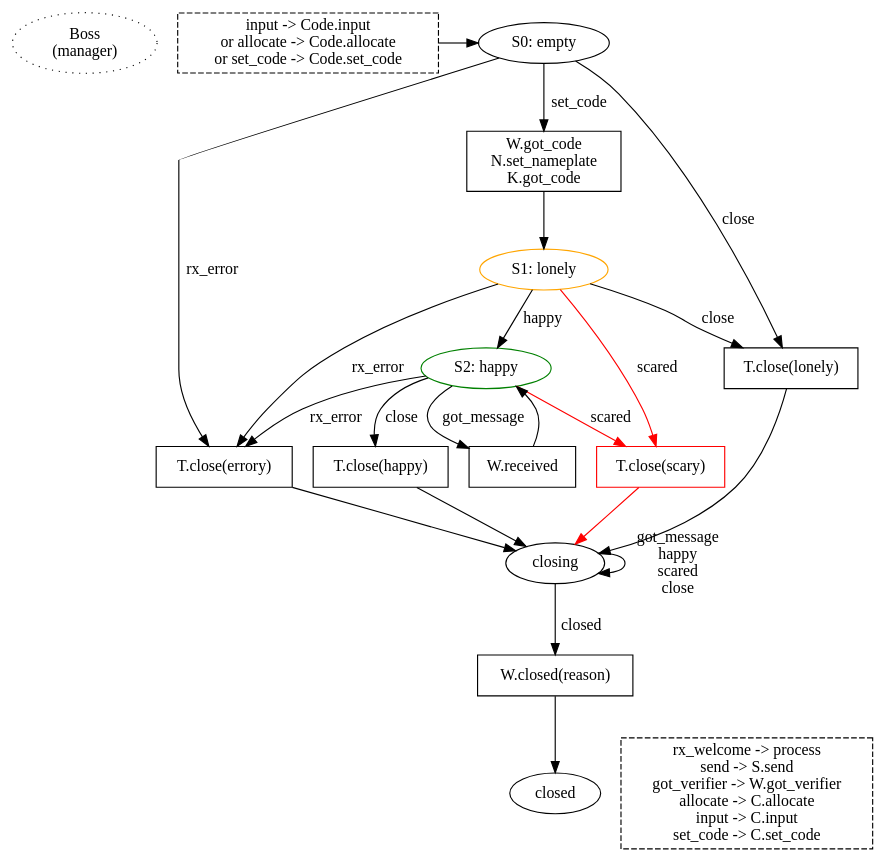
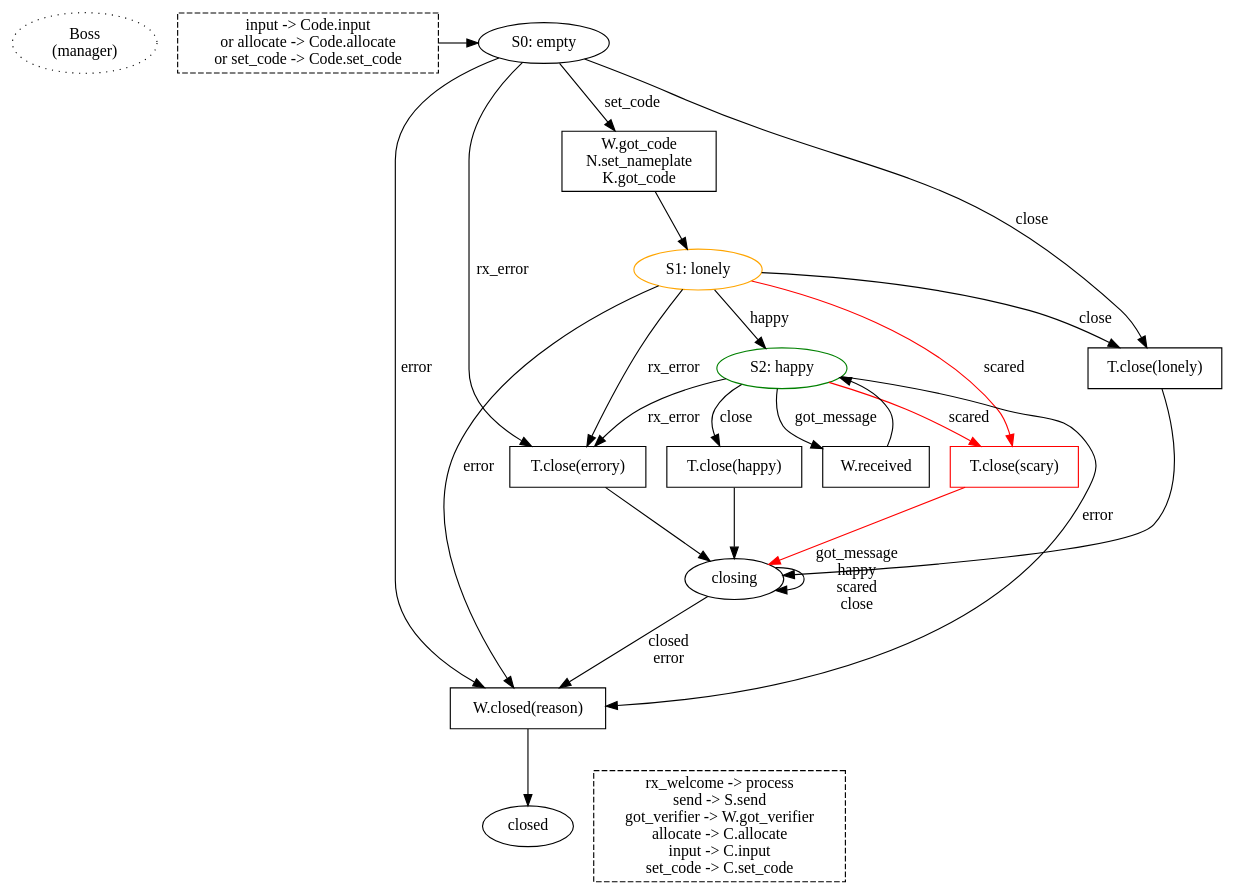
The diagram in docs/boss.dot (magic-wormhole/magic-wormhole), drawn with Graphviz before and after one commit. The commit also changed 6 other files, not shown here.

```diff
--- a/docs/boss.dot
+++ b/docs/boss.dot
@@ -1,66 +1,70 @@
 digraph {
 
         /* could shave a RTT by committing to the nameplate early, before
         finishing the rest of the code input. While the user is still
         typing/completing the code, we claim the nameplate, open the mailbox,
         and retrieve the peer's PAKE message. Then as soon as the user
         finishes entering the code, we build our own PAKE message, send PAKE,
         compute the key, send VERSION. Starting from the Return, this saves
         two round trips. OTOH it adds consequences to hitting Tab. */
 
         start [label="Boss\n(manager)" style="dotted"]
 
         {rank=same; P0_code S0}
         P0_code [shape="box" style="dashed"
                  label="input -> Code.input\n or allocate -> Code.allocate\n or set_code -> Code.set_code"]
         P0_code -> S0
         S0 [label="S0: empty"]
         S0 -> P0_build [label="set_code"]
 
         S0 -> P_close_error [label="rx_error"]
         P_close_error [shape="box" label="T.close(errory)"]
         P_close_error -> S_closing
         S0 -> P_close_lonely [label="close"]
 
         P0_build [shape="box" label="W.got_code\nN.set_nameplate\nK.got_code"]
         P0_build -> S1
         S1 [label="S1: lonely" color="orange"]
 
         S1 -> S2 [label="happy"]
 
         S1 -> P_close_error [label="rx_error"]
         S1 -> P_close_scary [label="scared" color="red"]
         S1 -> P_close_lonely [label="close"]
         P_close_lonely [shape="box" label="T.close(lonely)"]
         P_close_lonely -> S_closing
 
         P_close_scary [shape="box" label="T.close(scary)" color="red"]
         P_close_scary -> S_closing [color="red"]
 
         S2 [label="S2: happy" color="green"]
         S2 -> P2_close [label="close"]
         P2_close [shape="box" label="T.close(happy)"]
         P2_close -> S_closing
 
         S2 -> P2_got_message [label="got_message"]
         P2_got_message [shape="box" label="W.received"]
         P2_got_message -> S2
 
         S2 -> P_close_error [label="rx_error"]
         S2 -> P_close_scary [label="scared" color="red"]
 
         S_closing [label="closing"]
-        S_closing -> P_closed [label="closed"]
+        S_closing -> P_closed [label="closed\nerror"]
         S_closing -> S_closing [label="got_message\nhappy\nscared\nclose"]
 
         P_closed [shape="box" label="W.closed(reason)"]
         P_closed -> S_closed
         S_closed [label="closed"]
+
+        S0 -> P_closed [label="error"]
+        S1 -> P_closed [label="error"]
+        S2 -> P_closed [label="error"]
 
         {rank=same; Other S_closed}
         Other [shape="box" style="dashed"
                label="rx_welcome -> process\nsend -> S.send\ngot_verifier -> W.got_verifier\nallocate -> C.allocate\ninput -> C.input\nset_code -> C.set_code"
                ]
 
 
 }
```
